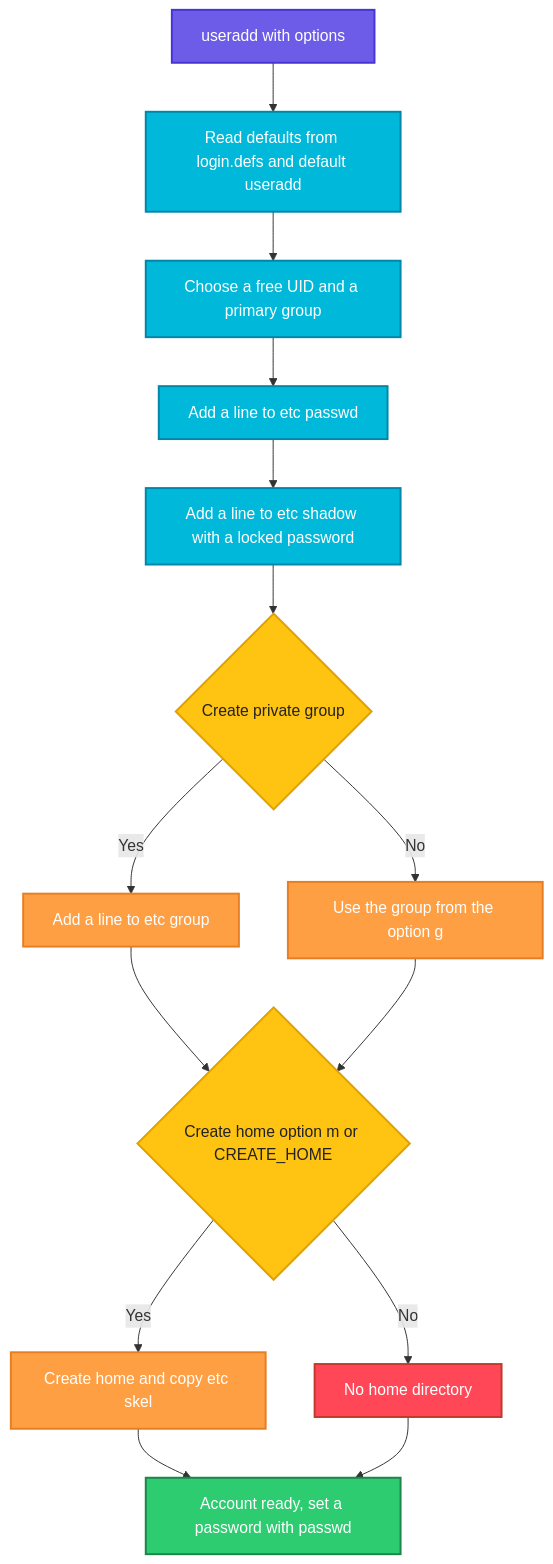
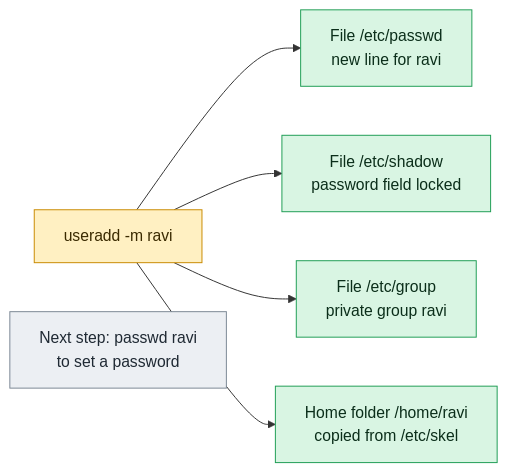
The diagram in linux/user-management/useradd.md (codeKerdosTech/DevOps-Documentation), drawn with Mermaid before and after one commit. The commit also changed other lines of this file and 165 other files, not shown here.

Commit message:
updated diagrams in linux

````diff
--- a/linux/user-management/useradd.md
+++ b/linux/user-management/useradd.md
@@ -40,29 +40,16 @@
 ```mermaid
-flowchart TD
-    A[useradd with options] --> B[Read defaults from login.defs and default useradd]
-    B --> C[Choose a free UID and a primary group]
-    C --> D[Add a line to etc passwd]
-    D --> E[Add a line to etc shadow with a locked password]
-    E --> F{Create private group}
-    F -->|Yes| G[Add a line to etc group]
-    F -->|No| H[Use the group from the option g]
-    G --> I{Create home option m or CREATE_HOME}
-    H --> I
-    I -->|Yes| J[Create home and copy etc skel]
-    I -->|No| K[No home directory]
-    J --> L[Account ready, set a password with passwd]
-    K --> L
-    classDef start fill:#6C5CE7,stroke:#4834D4,stroke-width:2px,color:#fff
-    classDef proc fill:#00B8D9,stroke:#0087A8,stroke-width:2px,color:#fff
-    classDef dec fill:#FFC312,stroke:#E1A100,stroke-width:2px,color:#222
-    classDef ok fill:#2ECC71,stroke:#1E8449,stroke-width:2px,color:#fff
-    classDef err fill:#FF4757,stroke:#C0392B,stroke-width:2px,color:#fff
-    classDef out fill:#FD79A8,stroke:#E84393,stroke-width:2px,color:#fff
-    classDef alt fill:#FF9F43,stroke:#E67E22,stroke-width:2px,color:#fff
-    class A start
-    class B,C,D,E proc
-    class F,I dec
-    class G,H,J alt
-    class K err
-    class L ok
+flowchart LR
+    c1[useradd -m ravi] --> o1[File /etc/passwd<br/>new line for ravi]
+    c1 --> o2[File /etc/shadow<br/>password field locked]
+    c1 --> o3[File /etc/group<br/>private group ravi]
+    c1 --> o4[Home folder /home/ravi<br/>copied from /etc/skel]
+    n1[Next step: passwd ravi<br/>to set a password]
+    classDef inp fill:#DCEBFF,stroke:#2F6FDE,color:#10213F
+    classDef cmd fill:#FFF0C2,stroke:#C98A00,color:#3A2A00
+    classDef out fill:#D9F5E3,stroke:#1F9D55,color:#0B2E1A
+    classDef bad fill:#FDE0E0,stroke:#D13B3B,color:#4A0F0F
+    classDef note fill:#ECEFF3,stroke:#7B8794,color:#1F2933
+    class c1 cmd
+    class o1,o2,o3,o4 out
+    class n1 note
 ```
````
